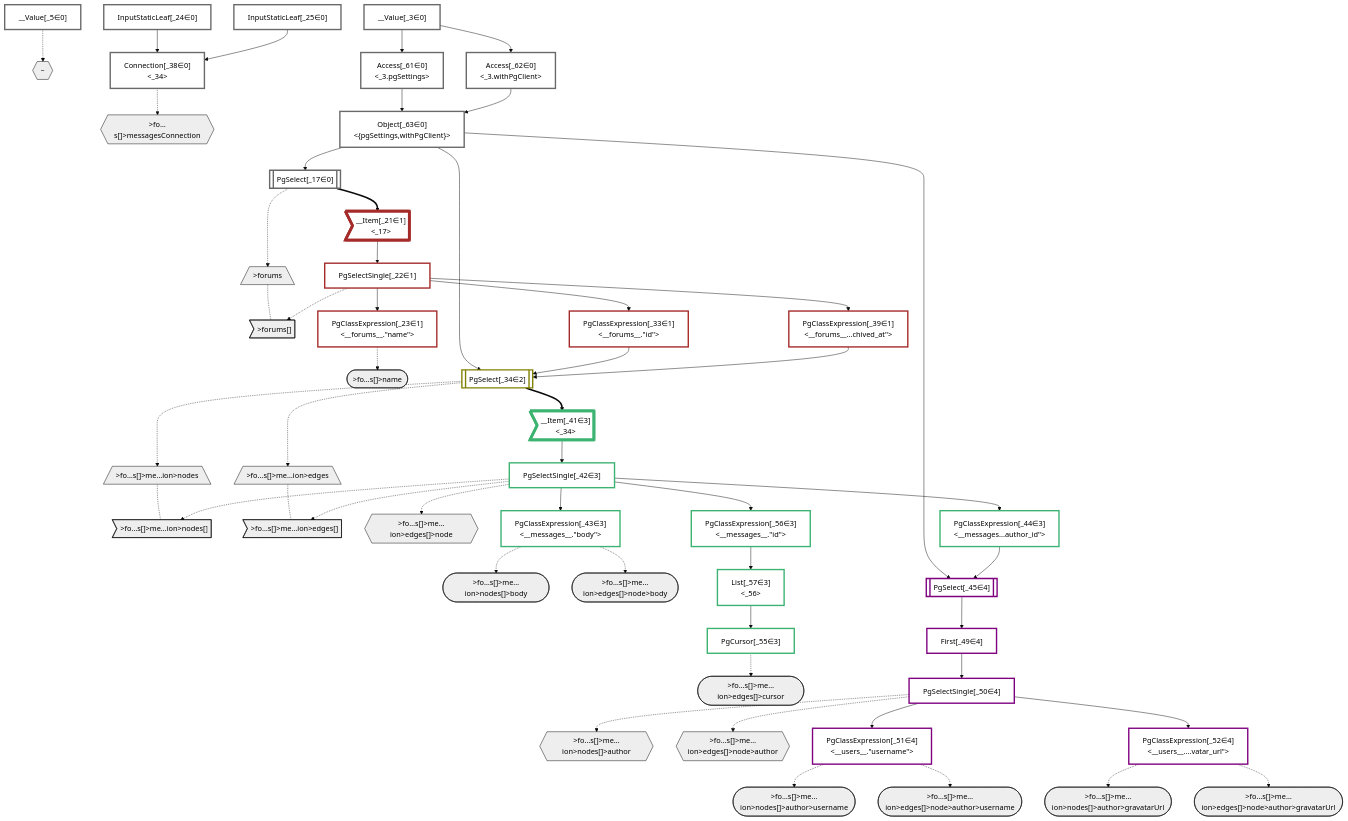
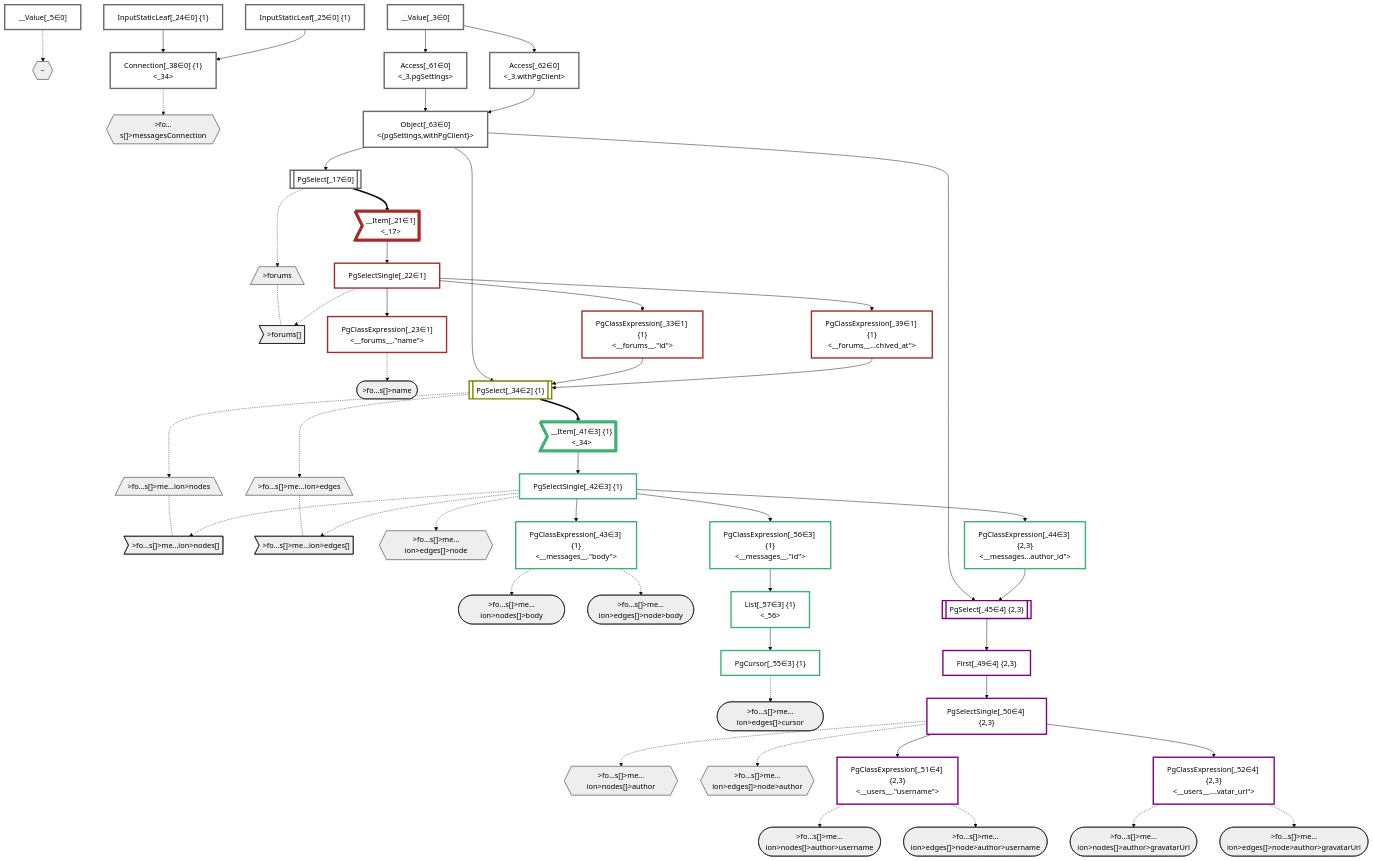
Before and after one commit to graphile/crystal: the diagram in packages/dataplan-pg/__tests__/queries/conditions/archived-forum-inherited-messages.defer-7.deopt.mermaid.md, drawn with Mermaid (base theme). The commit also changed 46 other files, not shown here.

Commit message:
Add groupIds to plan graphs

```diff
--- a/packages/dataplan-pg/__tests__/queries/conditions/archived-forum-inherited-messages.defer-7.deopt.mermaid.md
+++ b/packages/dataplan-pg/__tests__/queries/conditions/archived-forum-inherited-messages.defer-7.deopt.mermaid.md
@@ -52,24 +52,24 @@
     __Item_21>"__Item[_21∈1]<br /><_17>"]:::itemplan
     PgSelectSingle_22["PgSelectSingle[_22∈1]<br /><forums>"]:::plan
     PgClassExpression_23["PgClassExpression[_23∈1]<br /><__forums__.#quot;name#quot;>"]:::plan
-    InputStaticLeaf_24["InputStaticLeaf[_24∈0]"]:::plan
-    InputStaticLeaf_25["InputStaticLeaf[_25∈0]"]:::plan
-    PgClassExpression_33["PgClassExpression[_33∈1]<br /><__forums__.#quot;id#quot;>"]:::plan
-    PgSelect_34[["PgSelect[_34∈2]<br /><messages>"]]:::plan
-    Connection_38["Connection[_38∈0]<br /><_34>"]:::plan
-    PgClassExpression_39["PgClassExpression[_39∈1]<br /><__forums__...chived_at#quot;>"]:::plan
-    __Item_41>"__Item[_41∈3]<br /><_34>"]:::itemplan
-    PgSelectSingle_42["PgSelectSingle[_42∈3]<br /><messages>"]:::plan
-    PgClassExpression_43["PgClassExpression[_43∈3]<br /><__messages__.#quot;body#quot;>"]:::plan
-    PgClassExpression_44["PgClassExpression[_44∈3]<br /><__messages...author_id#quot;>"]:::plan
-    PgSelect_45[["PgSelect[_45∈4]<br /><users>"]]:::plan
-    First_49["First[_49∈4]"]:::plan
-    PgSelectSingle_50["PgSelectSingle[_50∈4]<br /><users>"]:::plan
-    PgClassExpression_51["PgClassExpression[_51∈4]<br /><__users__.#quot;username#quot;>"]:::plan
-    PgClassExpression_52["PgClassExpression[_52∈4]<br /><__users__....vatar_url#quot;>"]:::plan
-    PgCursor_55["PgCursor[_55∈3]"]:::plan
-    PgClassExpression_56["PgClassExpression[_56∈3]<br /><__messages__.#quot;id#quot;>"]:::plan
-    List_57["List[_57∈3]<br /><_56>"]:::plan
+    InputStaticLeaf_24["InputStaticLeaf[_24∈0] {1}"]:::plan
+    InputStaticLeaf_25["InputStaticLeaf[_25∈0] {1}"]:::plan
+    PgClassExpression_33["PgClassExpression[_33∈1] {1}<br /><__forums__.#quot;id#quot;>"]:::plan
+    PgSelect_34[["PgSelect[_34∈2] {1}<br /><messages>"]]:::plan
+    Connection_38["Connection[_38∈0] {1}<br /><_34>"]:::plan
+    PgClassExpression_39["PgClassExpression[_39∈1] {1}<br /><__forums__...chived_at#quot;>"]:::plan
+    __Item_41>"__Item[_41∈3] {1}<br /><_34>"]:::itemplan
+    PgSelectSingle_42["PgSelectSingle[_42∈3] {1}<br /><messages>"]:::plan
+    PgClassExpression_43["PgClassExpression[_43∈3] {1}<br /><__messages__.#quot;body#quot;>"]:::plan
+    PgClassExpression_44["PgClassExpression[_44∈3] {2,3}<br /><__messages...author_id#quot;>"]:::plan
+    PgSelect_45[["PgSelect[_45∈4] {2,3}<br /><users>"]]:::plan
+    First_49["First[_49∈4] {2,3}"]:::plan
+    PgSelectSingle_50["PgSelectSingle[_50∈4] {2,3}<br /><users>"]:::plan
+    PgClassExpression_51["PgClassExpression[_51∈4] {2,3}<br /><__users__.#quot;username#quot;>"]:::plan
+    PgClassExpression_52["PgClassExpression[_52∈4] {2,3}<br /><__users__....vatar_url#quot;>"]:::plan
+    PgCursor_55["PgCursor[_55∈3] {1}"]:::plan
+    PgClassExpression_56["PgClassExpression[_56∈3] {1}<br /><__messages__.#quot;id#quot;>"]:::plan
+    List_57["List[_57∈3] {1}<br /><_56>"]:::plan
     Access_61["Access[_61∈0]<br /><_3.pgSettings>"]:::plan
     Access_62["Access[_62∈0]<br /><_3.withPgClient>"]:::plan
     Object_63["Object[_63∈0]<br /><{pgSettings,withPgClient}>"]:::plan
```
